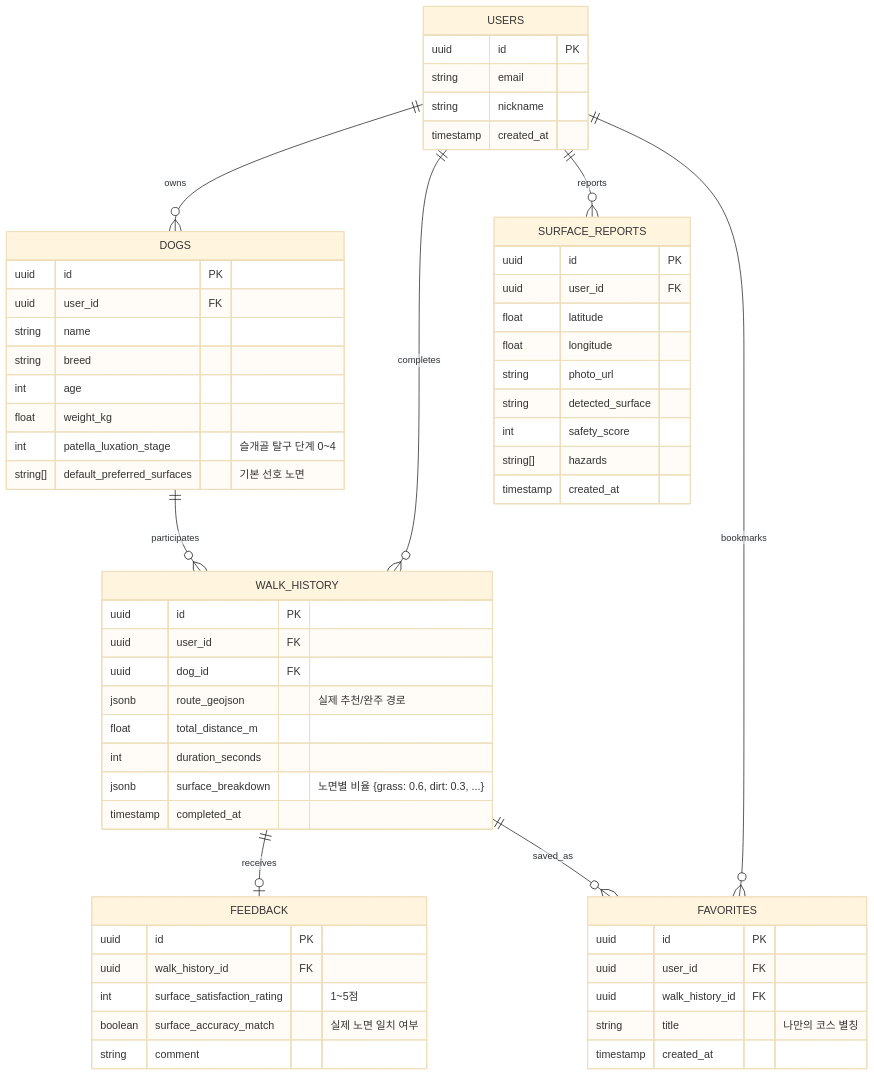
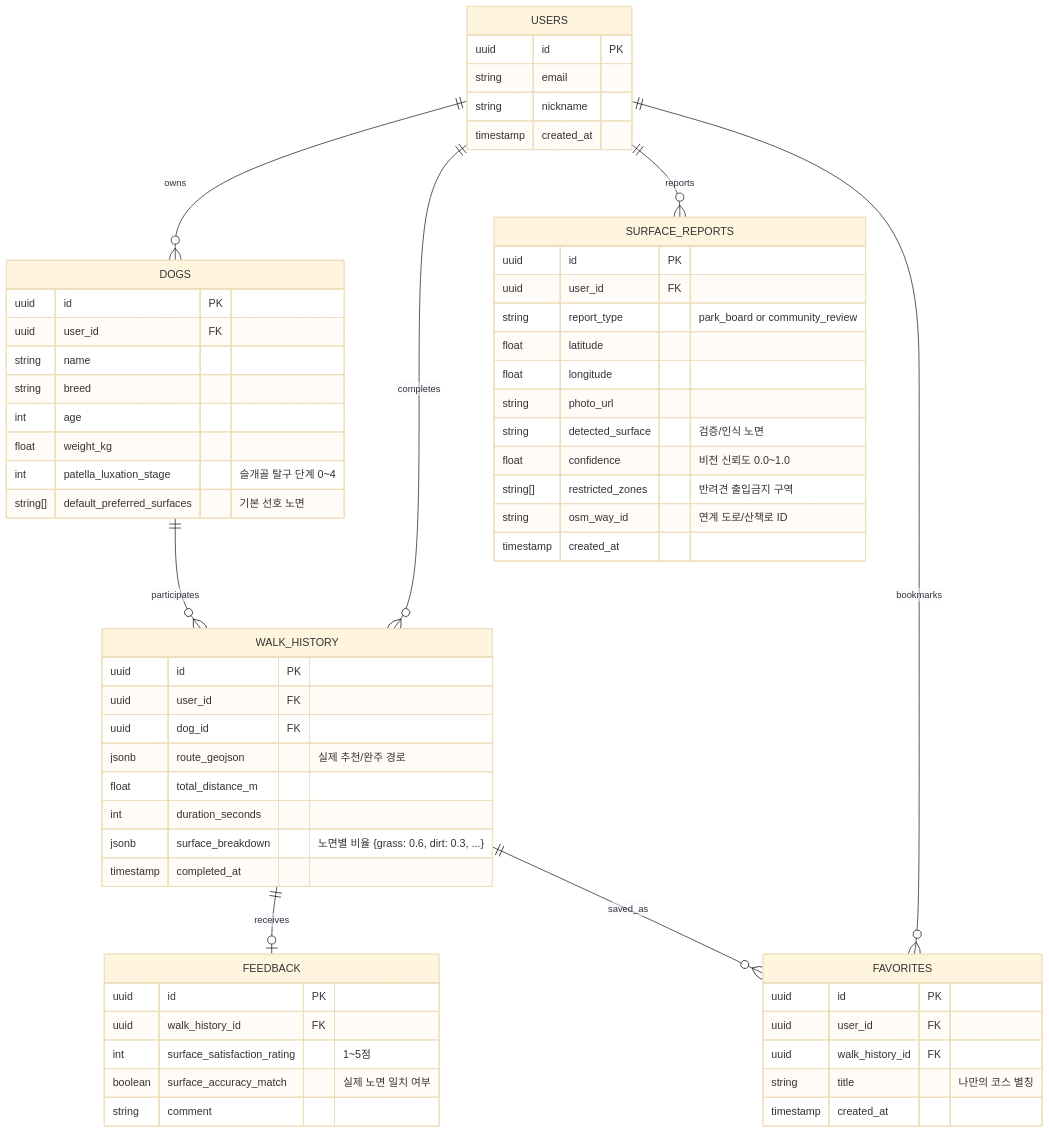
One commit to gigantess/PawTrail changed the third of 6 diagrams in docs/04_PawTrail_Architecture_Design.md. Above: the diagram before and after it, drawn with Mermaid (base theme). The commit also changed other lines of this file and 11 other files, not shown here.

````diff
--- a/docs/04_PawTrail_Architecture_Design.md
+++ b/docs/04_PawTrail_Architecture_Design.md
@@ -217,67 +253,69 @@
 ```mermaid
 erDiagram
     USERS ||--o{ DOGS : owns
     USERS ||--o{ WALK_HISTORY : completes
     USERS ||--o{ SURFACE_REPORTS : reports
     USERS ||--o{ FAVORITES : bookmarks
     DOGS ||--o{ WALK_HISTORY : participates
     WALK_HISTORY ||--o| FEEDBACK : receives
     WALK_HISTORY ||--o{ FAVORITES : saved_as
 
     USERS {
         uuid id PK
         string email
         string nickname
         timestamp created_at
     }
 
     DOGS {
         uuid id PK
         uuid user_id FK
         string name
         string breed
         int age
         float weight_kg
         int patella_luxation_stage "슬개골 탈구 단계 0~4"
         string[] default_preferred_surfaces "기본 선호 노면"
     }
 
     WALK_HISTORY {
         uuid id PK
         uuid user_id FK
         uuid dog_id FK
         jsonb route_geojson "실제 추천/완주 경로"
         float total_distance_m
         int duration_seconds
         jsonb surface_breakdown "노면별 비율 {grass: 0.6, dirt: 0.3, ...}"
         timestamp completed_at
     }
 
     FEEDBACK {
         uuid id PK
         uuid walk_history_id FK
         int surface_satisfaction_rating "1~5점"
         boolean surface_accuracy_match "실제 노면 일치 여부"
         string comment
     }
 
     SURFACE_REPORTS {
         uuid id PK
         uuid user_id FK
+        string report_type "park_board or community_review"
         float latitude
         float longitude
         string photo_url
-        string detected_surface
-        int safety_score
-        string[] hazards
+        string detected_surface "검증/인식 노면"
+        float confidence "비전 신뢰도 0.0~1.0"
+        string[] restricted_zones "반려견 출입금지 구역"
+        string osm_way_id "연계 도로/산책로 ID"
         timestamp created_at
     }
 
     FAVORITES {
         uuid id PK
         uuid user_id FK
         uuid walk_history_id FK
         string title "나만의 코스 별칭"
         timestamp created_at
     }
 ```
````
